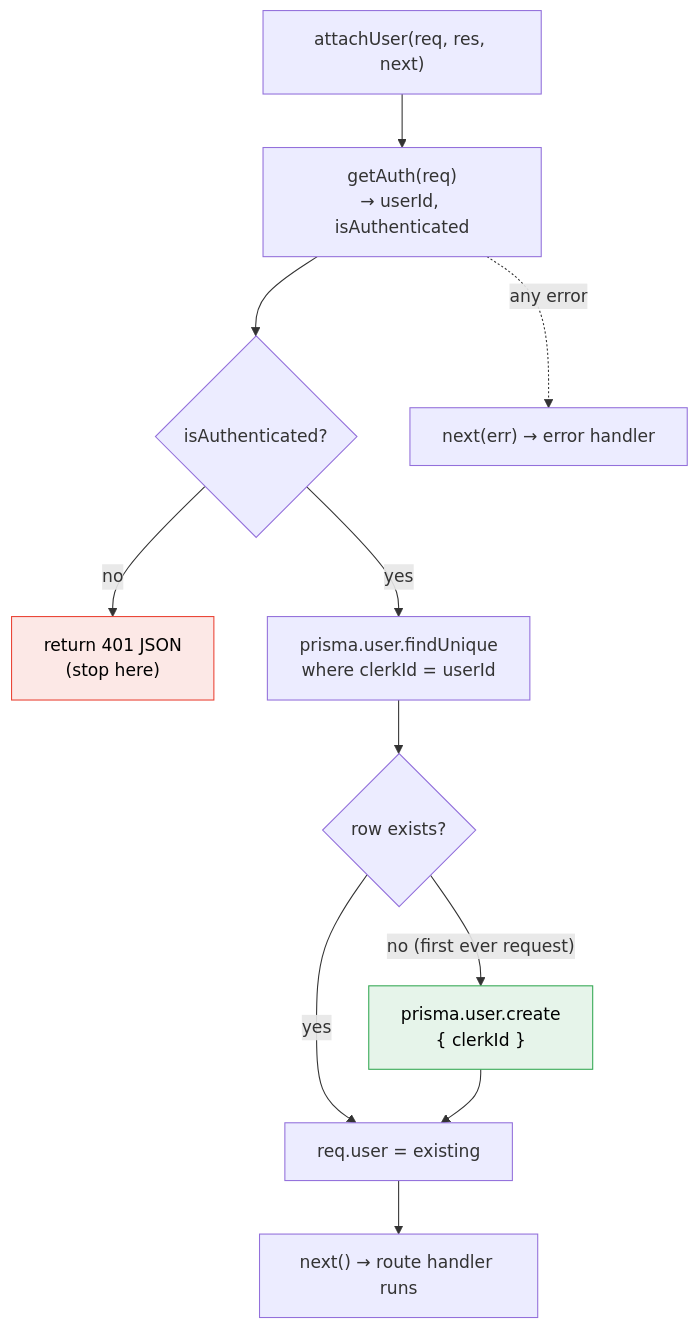
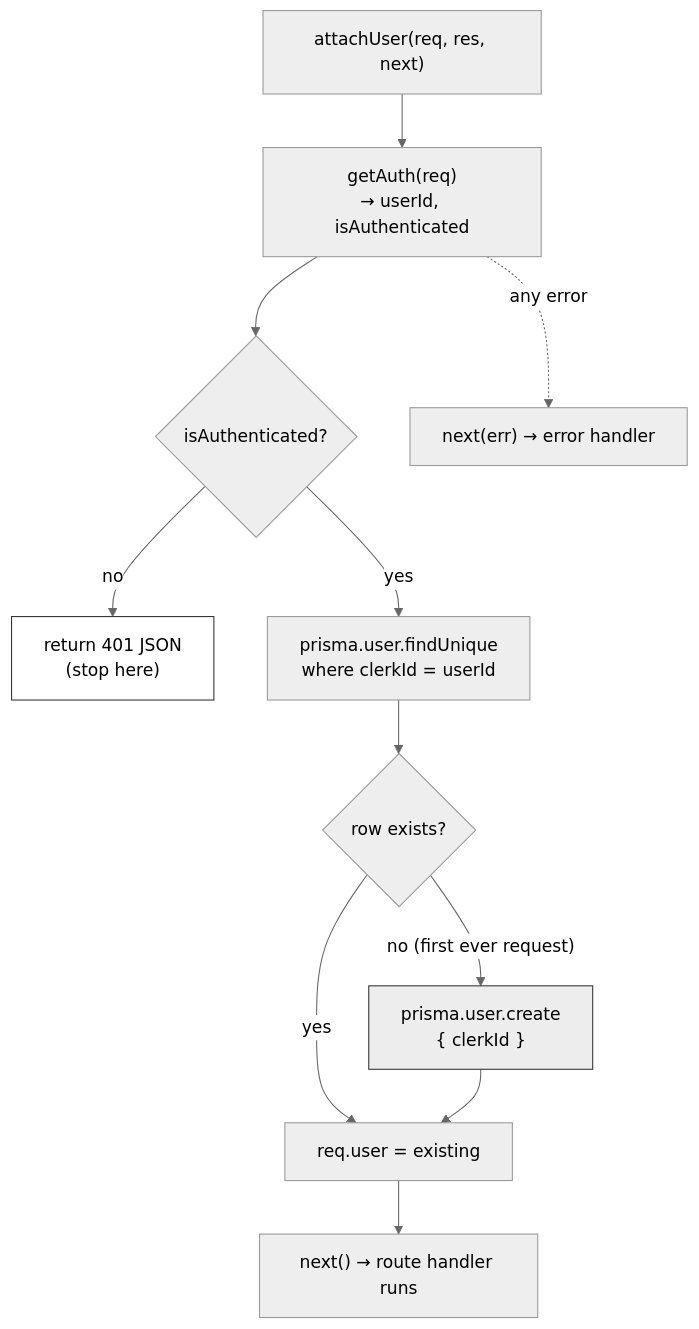
One commit to n10nce/project changed diagram 12 of 23 in docs/ARCHITECTURE.md. Above: the diagram before and after it, drawn with Mermaid. The commit also changed other lines of this file and 24 other files, not shown here.

````diff
--- a/docs/ARCHITECTURE.md
+++ b/docs/ARCHITECTURE.md
@@ -447,17 +458,18 @@
 ```mermaid
+%%{init: {'theme':'neutral'}}%%
 flowchart TD
     Start["attachUser(req, res, next)"] --> GA["getAuth(req)<br/>→ userId, isAuthenticated"]
     GA --> Q1{"isAuthenticated?"}
     Q1 -->|"no"| R401["return 401 JSON<br/>(stop here)"]
     Q1 -->|"yes"| Find["prisma.user.findUnique<br/>where clerkId = userId"]
     Find --> Q2{"row exists?"}
     Q2 -->|"yes"| Set["req.user = existing"]
     Q2 -->|"no (first ever request)"| Create["prisma.user.create<br/>{ clerkId }"]
     Create --> Set
     Set --> Next["next() → route handler runs"]
 
     GA -.->|"any error"| Catch["next(err) → error handler"]
 
-    style R401 fill:#fce8e6,stroke:#ea4335,color:#000
-    style Create fill:#e6f4ea,stroke:#34a853,color:#000
+    style R401 fill:#ffffff,stroke:#333333,color:#000
+    style Create fill:#ededed,stroke:#333333,color:#000
 ```
````
